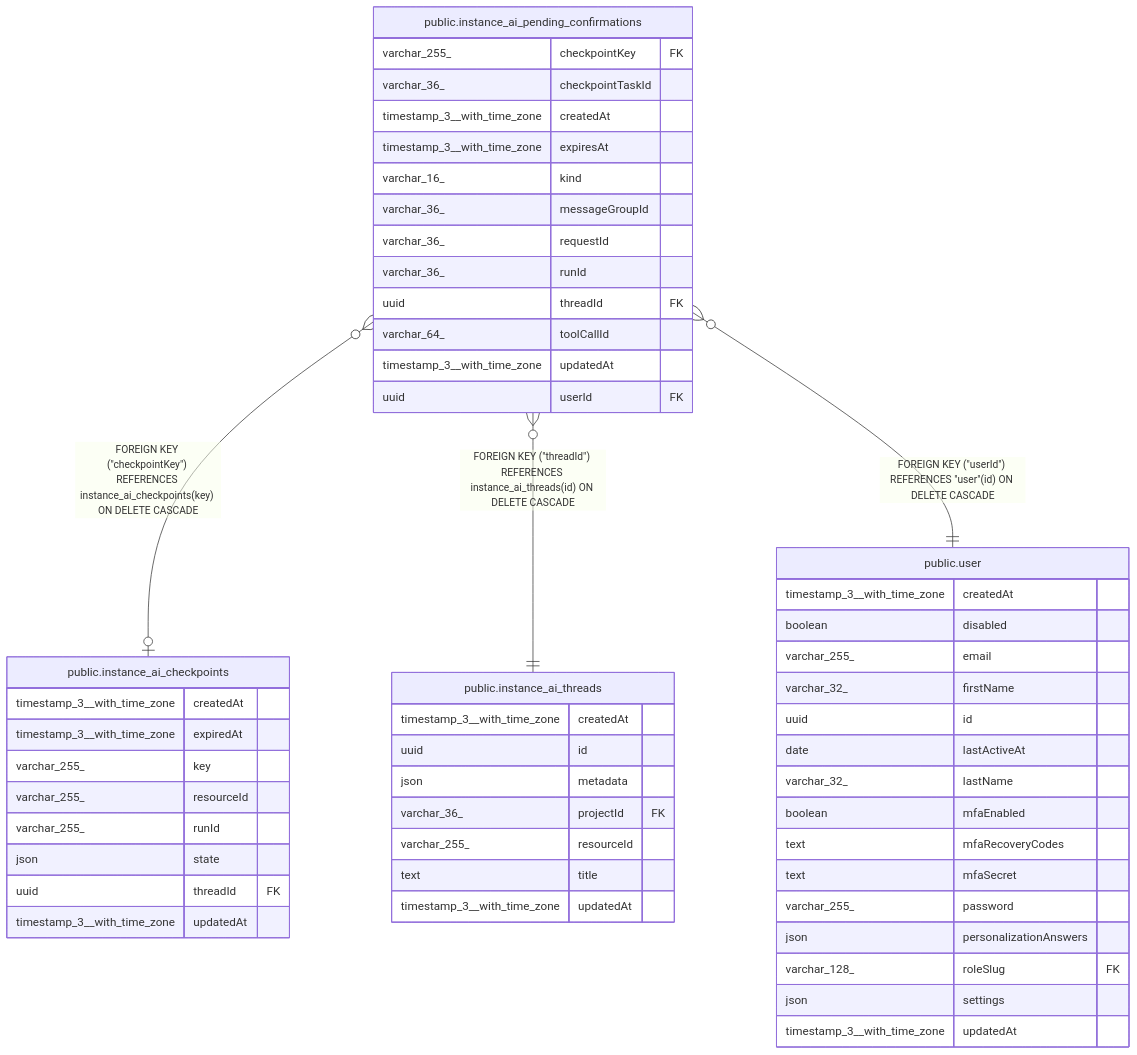
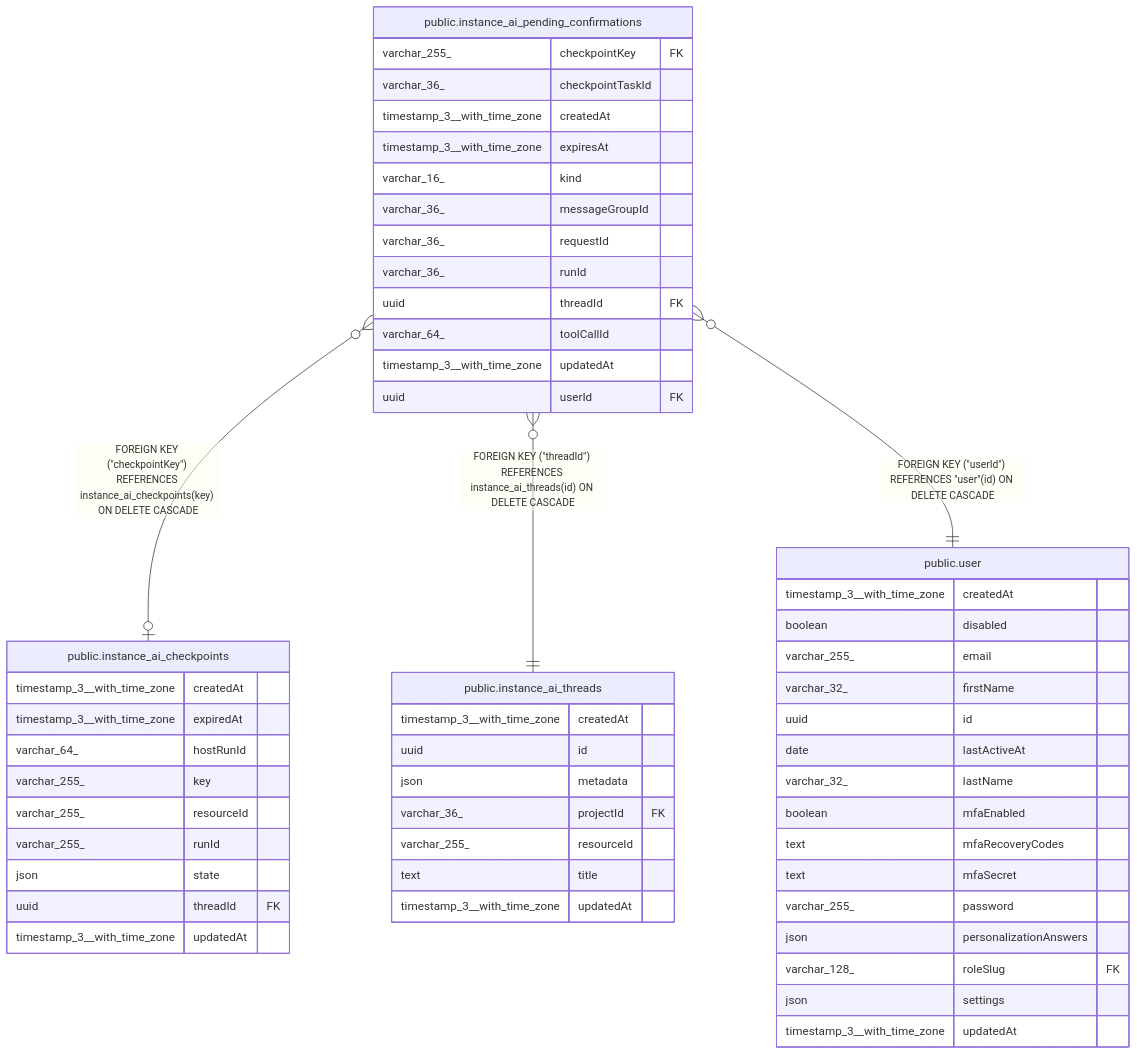
The diagram in docs/generated/postgres-schema/public.instance_ai_pending_confirmations.md (ggrace519/n8n), drawn with Mermaid before and after one commit. The commit also changed 22 other files, not shown here.

````diff
--- a/docs/generated/postgres-schema/public.instance_ai_pending_confirmations.md
+++ b/docs/generated/postgres-schema/public.instance_ai_pending_confirmations.md
@@ -49,58 +49,59 @@
 ```mermaid
 erDiagram
 
 "public.instance_ai_pending_confirmations" }o--o| "public.instance_ai_checkpoints" : "FOREIGN KEY (#quot;checkpointKey#quot;) REFERENCES instance_ai_checkpoints(key) ON DELETE CASCADE"
 "public.instance_ai_pending_confirmations" }o--|| "public.instance_ai_threads" : "FOREIGN KEY (#quot;threadId#quot;) REFERENCES instance_ai_threads(id) ON DELETE CASCADE"
 "public.instance_ai_pending_confirmations" }o--|| "public.user" : "FOREIGN KEY (#quot;userId#quot;) REFERENCES #quot;user#quot;(id) ON DELETE CASCADE"
 
 "public.instance_ai_pending_confirmations" {
   varchar_255_ checkpointKey FK
   varchar_36_ checkpointTaskId
   timestamp_3__with_time_zone createdAt
   timestamp_3__with_time_zone expiresAt
   varchar_16_ kind
   varchar_36_ messageGroupId
   varchar_36_ requestId
   varchar_36_ runId
   uuid threadId FK
   varchar_64_ toolCallId
   timestamp_3__with_time_zone updatedAt
   uuid userId FK
 }
 "public.instance_ai_checkpoints" {
   timestamp_3__with_time_zone createdAt
   timestamp_3__with_time_zone expiredAt
+  varchar_64_ hostRunId
   varchar_255_ key
   varchar_255_ resourceId
   varchar_255_ runId
   json state
   uuid threadId FK
   timestamp_3__with_time_zone updatedAt
 }
 "public.instance_ai_threads" {
   timestamp_3__with_time_zone createdAt
   uuid id
   json metadata
   varchar_36_ projectId FK
   varchar_255_ resourceId
   text title
   timestamp_3__with_time_zone updatedAt
 }
 "public.user" {
   timestamp_3__with_time_zone createdAt
   boolean disabled
   varchar_255_ email
   varchar_32_ firstName
   uuid id
   date lastActiveAt
   varchar_32_ lastName
   boolean mfaEnabled
   text mfaRecoveryCodes
   text mfaSecret
   varchar_255_ password
   json personalizationAnswers
   varchar_128_ roleSlug FK
   json settings
   timestamp_3__with_time_zone updatedAt
 }
 ```
````
